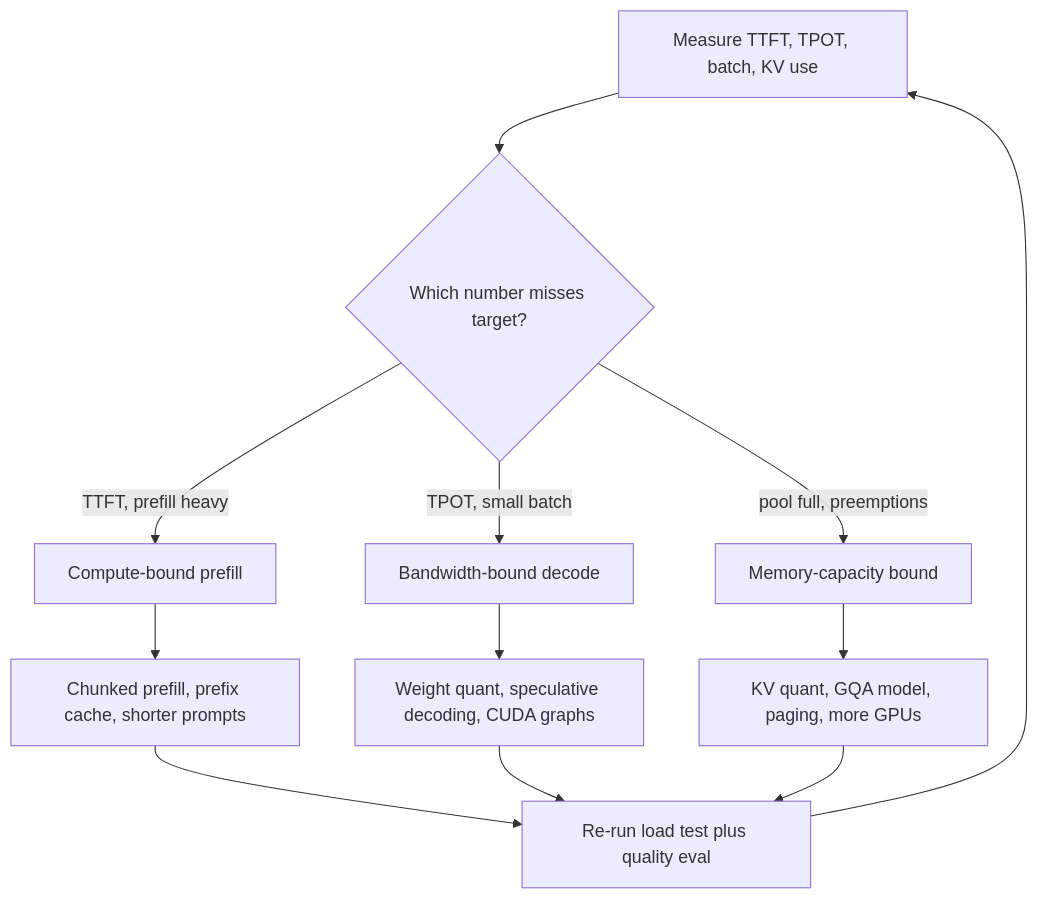
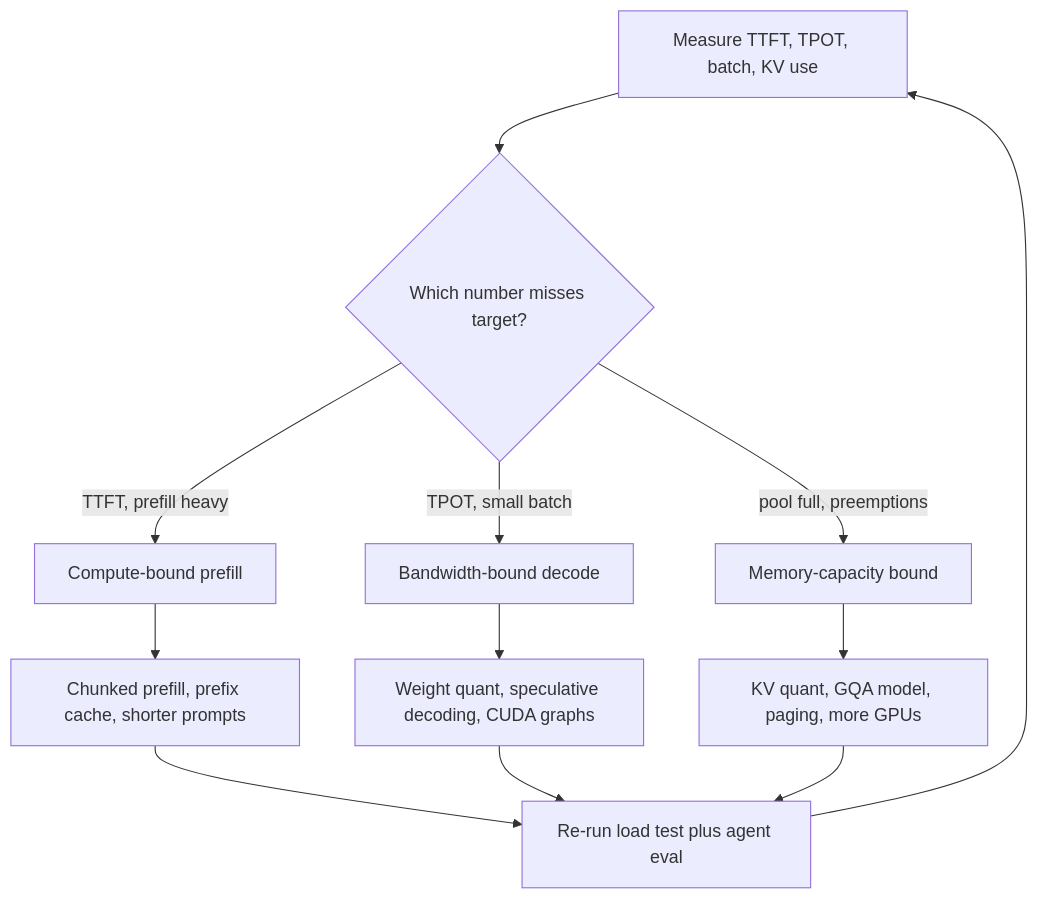
Before and after one commit to lovishmahajan97/agentic-learning: the diagram in content/serving-inference/inference-optimization.md, drawn with Mermaid. The commit also changed other lines of this file and 266 other files, not shown here.

````diff
--- a/content/serving-inference/inference-optimization.md
+++ b/content/serving-inference/inference-optimization.md
@@ -134,14 +156,14 @@
 ```mermaid
 flowchart TD
     M["Measure TTFT, TPOT, batch, KV use"] --> Q{"Which number misses target?"}
     Q -->|"TTFT, prefill heavy"| P["Compute-bound prefill"]
     Q -->|"TPOT, small batch"| L["Bandwidth-bound decode"]
     Q -->|"pool full, preemptions"| C["Memory-capacity bound"]
     P --> P1["Chunked prefill, prefix cache, shorter prompts"]
     L --> L1["Weight quant, speculative decoding, CUDA graphs"]
     C --> C1["KV quant, GQA model, paging, more GPUs"]
-    P1 --> R["Re-run load test plus quality eval"]
+    P1 --> R["Re-run load test plus agent eval"]
     L1 --> R
     C1 --> R
     R --> M
 ```
````
